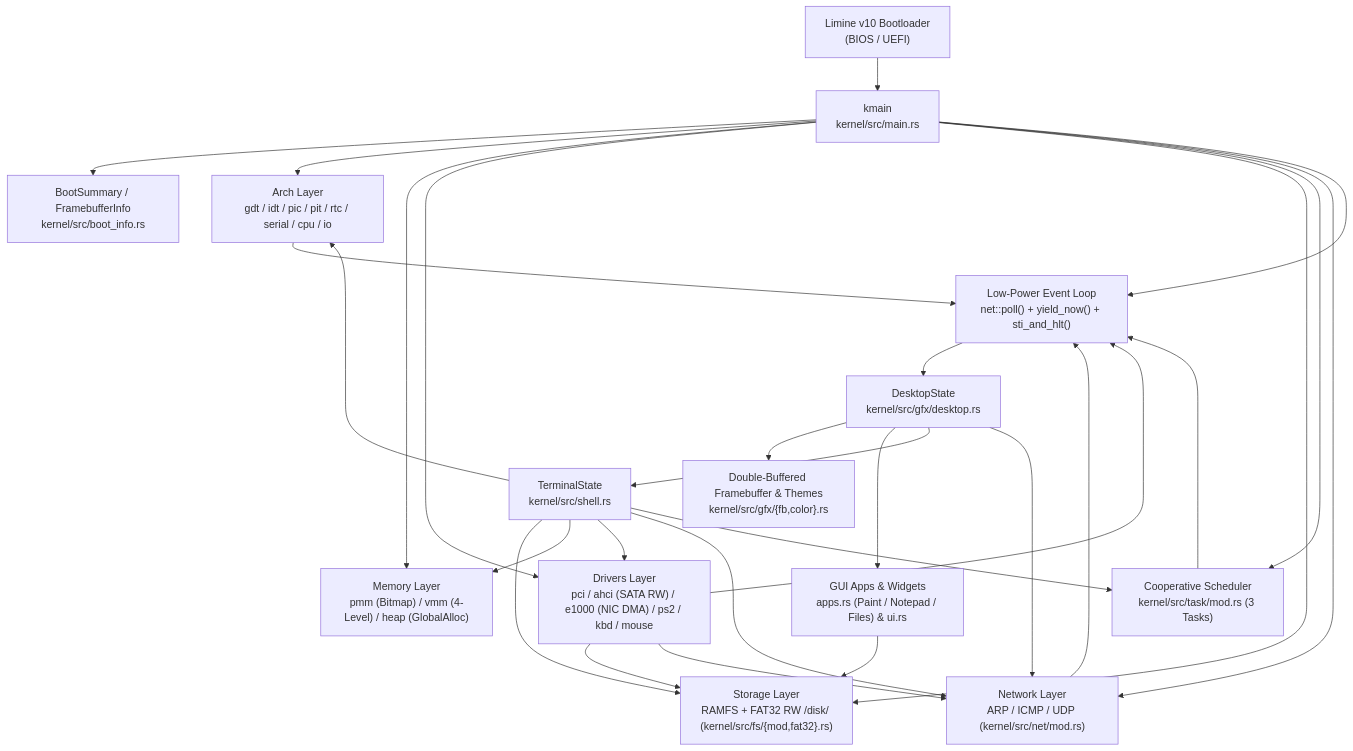
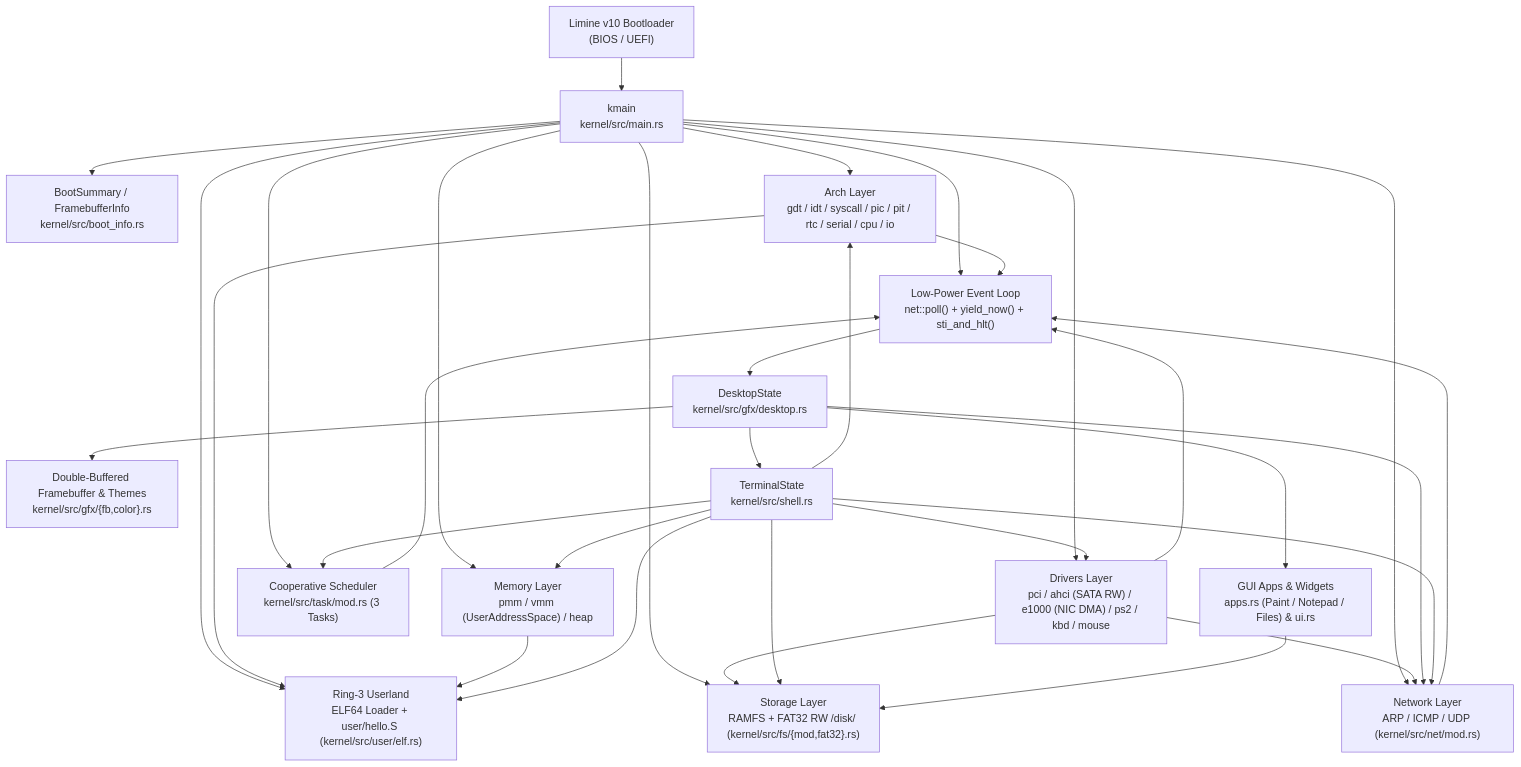
The first of 2 diagrams in docs/DESIGN.md (wmsir/wmos), drawn with Mermaid before and after one commit. The commit also changed other lines of this file and 15 other files, not shown here.

Commit message:
feat(v4.2.0): add Ring-3 user mode, syscall/sysret ABI, ELF64 loader, user hello.elf, and synced docs

````diff
--- a/docs/DESIGN.md
+++ b/docs/DESIGN.md
@@ -26,31 +26,35 @@
 ```mermaid
 flowchart TD
     Boot["Limine v10 Bootloader\n(BIOS / UEFI)"] --> Entry["kmain\nkernel/src/main.rs"]
     Entry --> BootInfo["BootSummary / FramebufferInfo\nkernel/src/boot_info.rs"]
-    Entry --> Arch["Arch Layer\ngdt / idt / pic / pit / rtc / serial / cpu / io"]
-    Entry --> Mem["Memory Layer\npmm (Bitmap) / vmm (4-Level) / heap (GlobalAlloc)"]
+    Entry --> Arch["Arch Layer\ngdt / idt / syscall / pic / pit / rtc / serial / cpu / io"]
+    Entry --> Mem["Memory Layer\npmm / vmm (UserAddressSpace) / heap"]
     Entry --> Drivers["Drivers Layer\npci / ahci (SATA RW) / e1000 (NIC DMA) / ps2 / kbd / mouse"]
     Entry --> FS["Storage Layer\nRAMFS + FAT32 RW /disk/ (kernel/src/fs/{mod,fat32}.rs)"]
     Entry --> Task["Cooperative Scheduler\nkernel/src/task/mod.rs (3 Tasks)"]
     Entry --> Net["Network Layer\nARP / ICMP / UDP (kernel/src/net/mod.rs)"]
+    Entry --> User["Ring-3 Userland\nELF64 Loader + user/hello.S (kernel/src/user/elf.rs)"]
     Entry --> Loop["Low-Power Event Loop\nnet::poll() + yield_now() + sti_and_hlt()"]
 
     Drivers --> FS
     Drivers --> Net
     Drivers --> Loop
     Net --> Loop
+    Arch --> User
+    Mem --> User
     Arch --> Loop
     Task --> Loop
     Loop --> Desktop["DesktopState\nkernel/src/gfx/desktop.rs"]
     Desktop --> FB["Double-Buffered Framebuffer & Themes\nkernel/src/gfx/{fb,color}.rs"]
     Desktop --> Apps["GUI Apps & Widgets\napps.rs (Paint / Notepad / Files) & ui.rs"]
     Desktop --> Shell["TerminalState\nkernel/src/shell.rs"]
     Desktop --> Net
     Shell --> FS
     Shell --> Mem
     Shell --> Drivers
     Shell --> Net
+    Shell --> User
     Shell --> Task
     Shell --> Arch
     Apps --> FS
 ```
````
